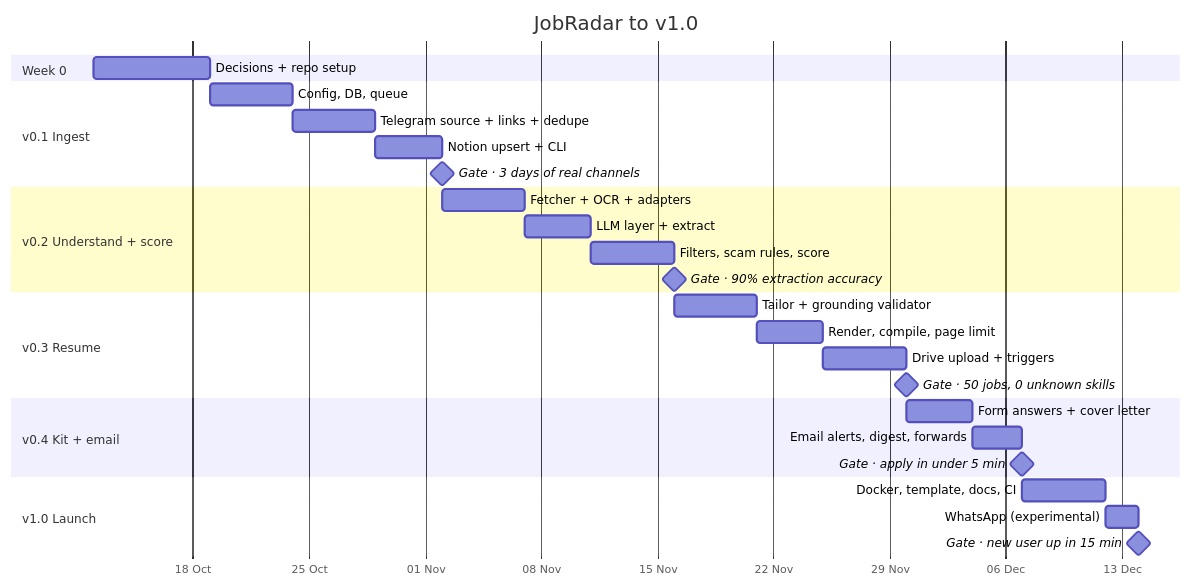
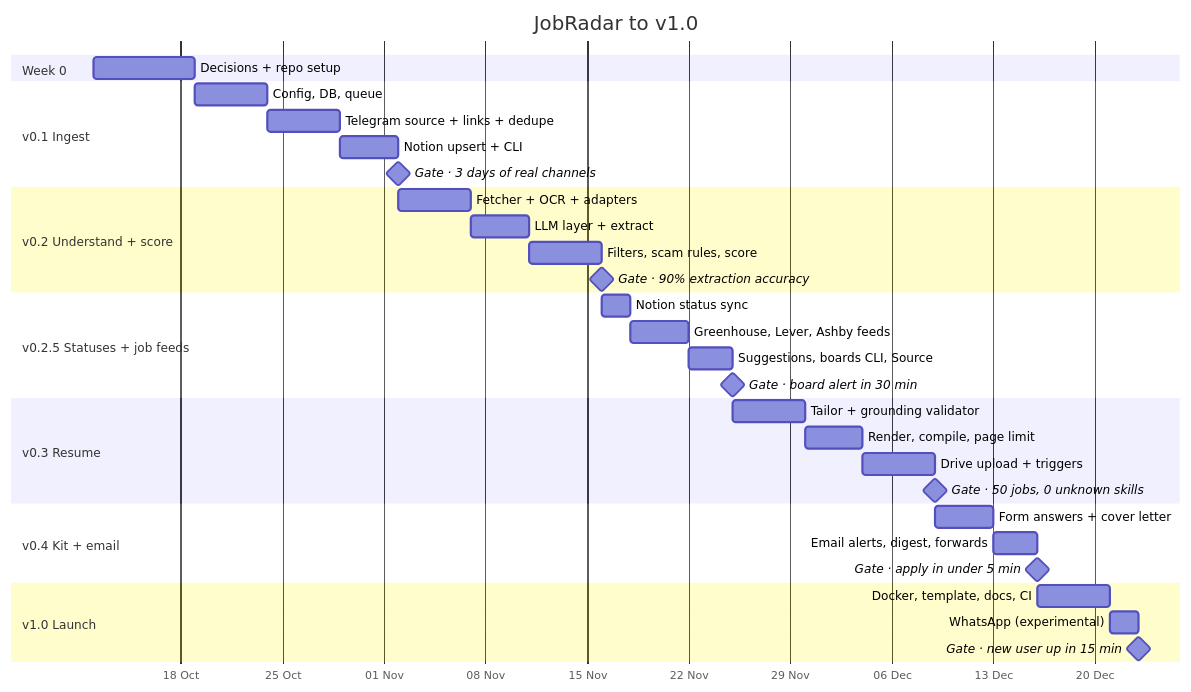
Before and after one commit to ThePlator/JobRadar: the first of 2 diagrams in PLAN.md, drawn with Mermaid. The commit also changed other lines of this file, not shown here.

First line of the commit message:
Plan v0.2.5: Notion status sync and job feeds, before resumes

````diff
--- a/PLAN.md
+++ b/PLAN.md
@@ -9,37 +9,43 @@
 ```mermaid
 gantt
     title JobRadar to v1.0
     dateFormat YYYY-MM-DD
     axisFormat %d %b
 
     section Week 0
     Decisions + repo setup           :w0, 2026-10-12, 7d
 
     section v0.1 Ingest
     Config, DB, queue                :a1, after w0, 5d
     Telegram source + links + dedupe :a2, after a1, 5d
     Notion upsert + CLI              :a3, after a2, 4d
     Gate · 3 days of real channels    :milestone, g1, after a3, 0d
 
     section v0.2 Understand + score
     Fetcher + OCR + adapters         :b1, after a3, 5d
     LLM layer + extract              :b2, after b1, 4d
     Filters, scam rules, score       :b3, after b2, 5d
     Gate · 90% extraction accuracy    :milestone, g2, after b3, 0d
 
+    section v0.2.5 Statuses + job feeds
+    Notion status sync               :f1, after b3, 2d
+    Greenhouse, Lever, Ashby feeds   :f2, after f1, 4d
+    Suggestions, boards CLI, Source  :f3, after f2, 3d
+    Gate · board alert in 30 min      :milestone, gf, after f3, 0d
+
     section v0.3 Resume
-    Tailor + grounding validator     :c1, after b3, 5d
+    Tailor + grounding validator     :c1, after f3, 5d
     Render, compile, page limit      :c2, after c1, 4d
     Drive upload + triggers          :c3, after c2, 5d
     Gate · 50 jobs, 0 unknown skills  :milestone, g3, after c3, 0d
 
     section v0.4 Kit + email
     Form answers + cover letter      :d1, after c3, 4d
     Email alerts, digest, forwards   :d2, after d1, 3d
     Gate · apply in under 5 min       :milestone, g4, after d2, 0d
 
     section v1.0 Launch
     Docker, template, docs, CI       :e1, after d2, 5d
     WhatsApp (experimental)          :e2, after e1, 2d
     Gate · new user up in 15 min      :milestone, g5, after e2, 0d
 ```
````
